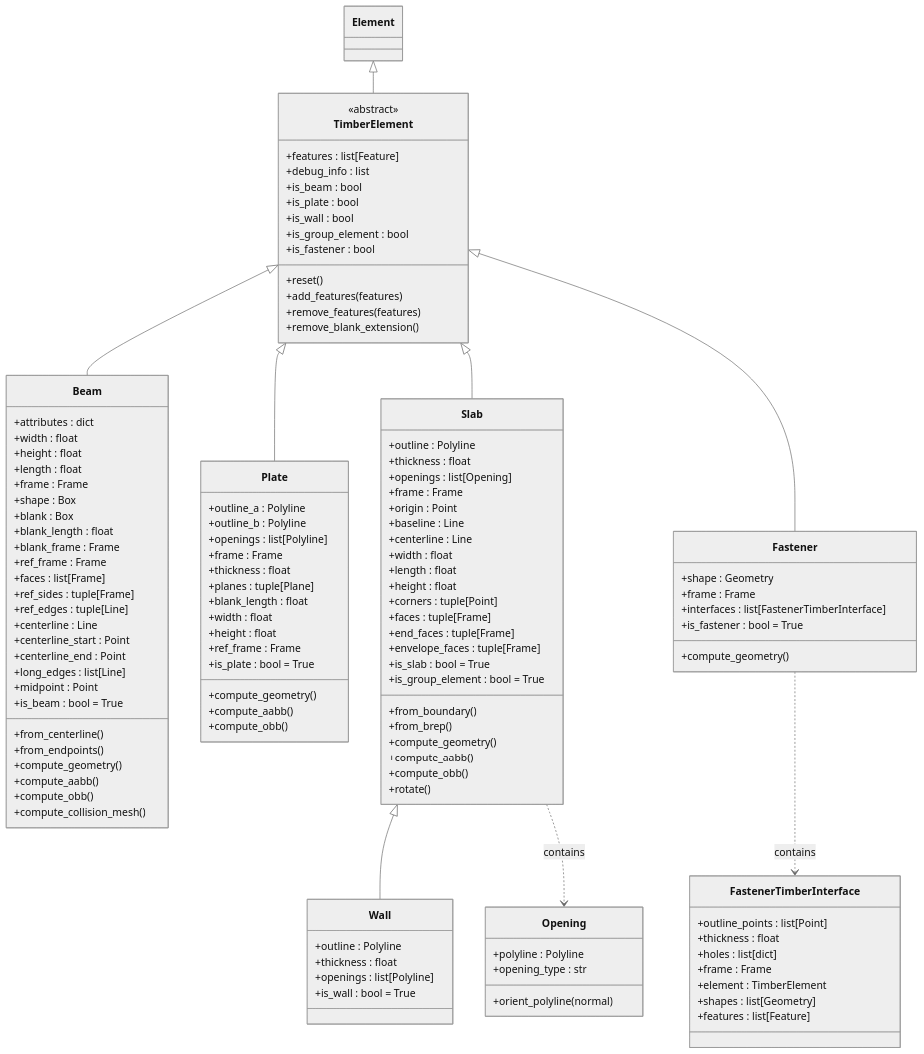
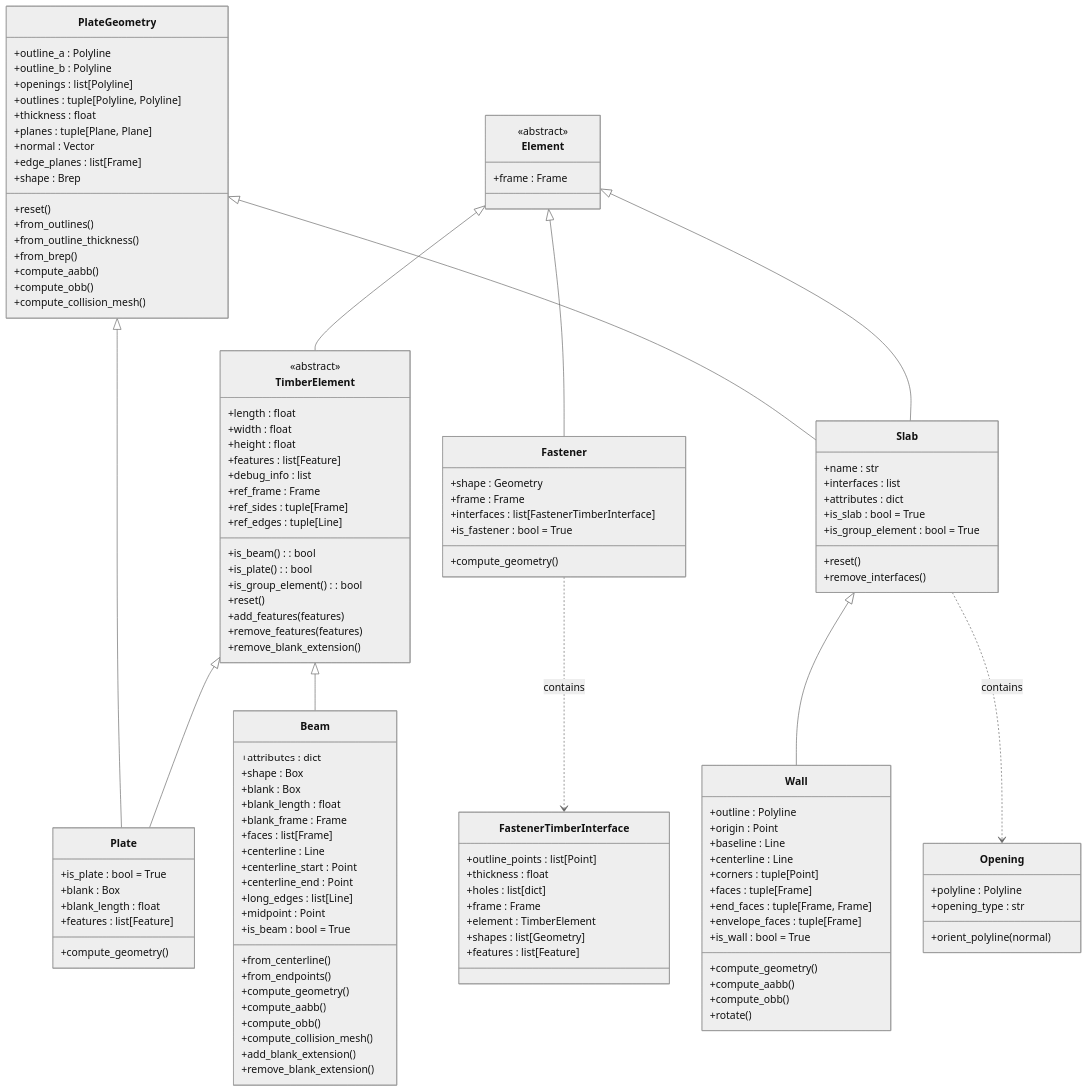
Before and after one commit to gramaziokohler/compas_timber: the first of 4 diagrams in docs/contribution/class_diagrams.rst, drawn with Mermaid (neutral theme).

Commit message:
sync mermaid diagram with #544

```diff
--- a/docs/contribution/class_diagrams.rst
+++ b/docs/contribution/class_diagrams.rst
@@ -17,35 +17,56 @@
 
    classDiagram
 
+      class Element {
+         <<abstract>>
+         +frame : Frame
+      }
+
       class TimberElement {
          <<abstract>>
+         +length : float
+         +width : float
+         +height : float
          +features : list[Feature]
          +debug_info : list
-         +is_beam : bool
-         +is_plate : bool
-         +is_wall : bool
-         +is_group_element : bool
-         +is_fastener : bool
+         +is_beam() : bool
+         +is_plate() : bool
+         +is_group_element() : bool
          +reset()
          +add_features(features)
          +remove_features(features)
          +remove_blank_extension()
+         +ref_frame : Frame
+         +ref_sides : tuple[Frame]
+         +ref_edges : tuple[Line]
+      }
+
+      class PlateGeometry {
+         +outline_a : Polyline
+         +outline_b : Polyline
+         +openings : list[Polyline]
+         +outlines : tuple[Polyline, Polyline]
+         +thickness : float
+         +planes : tuple[Plane, Plane]
+         +normal : Vector
+         +edge_planes : list[Frame]
+         +reset()
+         +from_outlines()
+         +from_outline_thickness()
+         +from_brep()
+         +shape : Brep
+         +compute_aabb()
+         +compute_obb()
+         +compute_collision_mesh()
       }
 
       class Beam {
          +attributes : dict
-         +width : float
-         +height : float
-         +length : float
-         +frame : Frame
          +shape : Box
          +blank : Box
          +blank_length : float
          +blank_frame : Frame
-         +ref_frame : Frame
          +faces : list[Frame]
-         +ref_sides : tuple[Frame]
-         +ref_edges : tuple[Line]
          +centerline : Line
          +centerline_start : Point
          +centerline_end : Point
@@ -58,55 +79,42 @@
          +compute_aabb()
          +compute_obb()
          +compute_collision_mesh()
+         +add_blank_extension()
+         +remove_blank_extension()
       }
 
       class Plate {
-         +outline_a : Polyline
-         +outline_b : Polyline
-         +openings : list[Polyline]
-         +frame : Frame
-         +thickness : float
-         +planes : tuple[Plane]
+         +is_plate : bool = True
+         +blank : Box
          +blank_length : float
-         +width : float
-         +height : float
-         +ref_frame : Frame
-         +is_plate : bool = True
+         +features : list[Feature]
          +compute_geometry()
-         +compute_aabb()
-         +compute_obb()
       }
 
       class Slab {
+         +name : str
+         +interfaces : list
+         +attributes : dict
+         +is_slab : bool = True
+         +is_group_element : bool = True
+         +reset()
+         +remove_interfaces()
+      }
+
+      class Wall {
          +outline : Polyline
-         +thickness : float
-         +openings : list[Opening]
-         +frame : Frame
          +origin : Point
          +baseline : Line
          +centerline : Line
-         +width : float
-         +length : float
-         +height : float
          +corners : tuple[Point]
          +faces : tuple[Frame]
-         +end_faces : tuple[Frame]
+         +end_faces : tuple[Frame, Frame]
          +envelope_faces : tuple[Frame]
-         +is_slab : bool = True
-         +is_group_element : bool = True
-         +from_boundary()
-         +from_brep()
+         +is_wall : bool = True
          +compute_geometry()
          +compute_aabb()
          +compute_obb()
          +rotate()
-      }
-
-      class Wall {
-         +outline : Polyline
-         +thickness : float
-         +openings : list[Polyline]
-         +is_wall : bool = True
       }
 
       class Fastener {
@@ -135,10 +143,12 @@
 
       %% Inheritance relationships
       Element <|-- TimberElement
+      Element <|-- Fastener
+      PlateGeometry <|-- Plate
+      TimberElement <|-- Plate
       TimberElement <|-- Beam
-      TimberElement <|-- Plate
-      TimberElement <|-- Slab
-      TimberElement <|-- Fastener
+      PlateGeometry <|-- Slab
+      Element <|-- Slab
       Slab <|-- Wall
 
       %% Composition relationships
```
